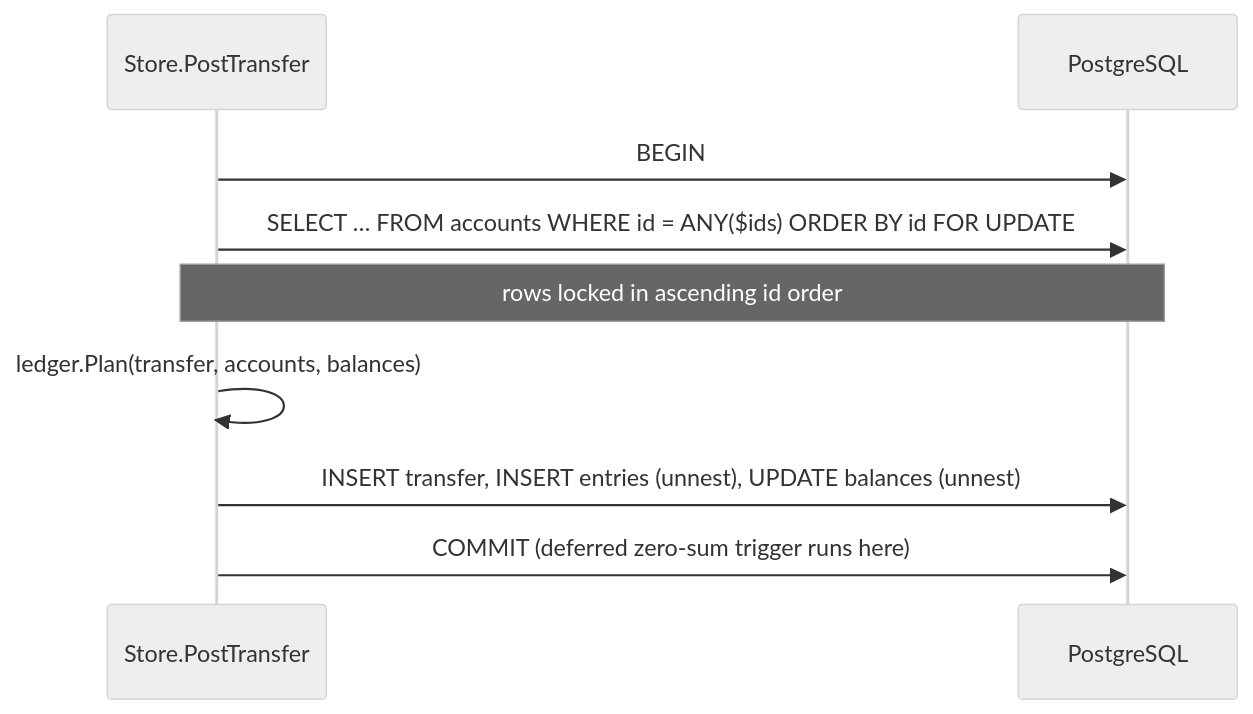
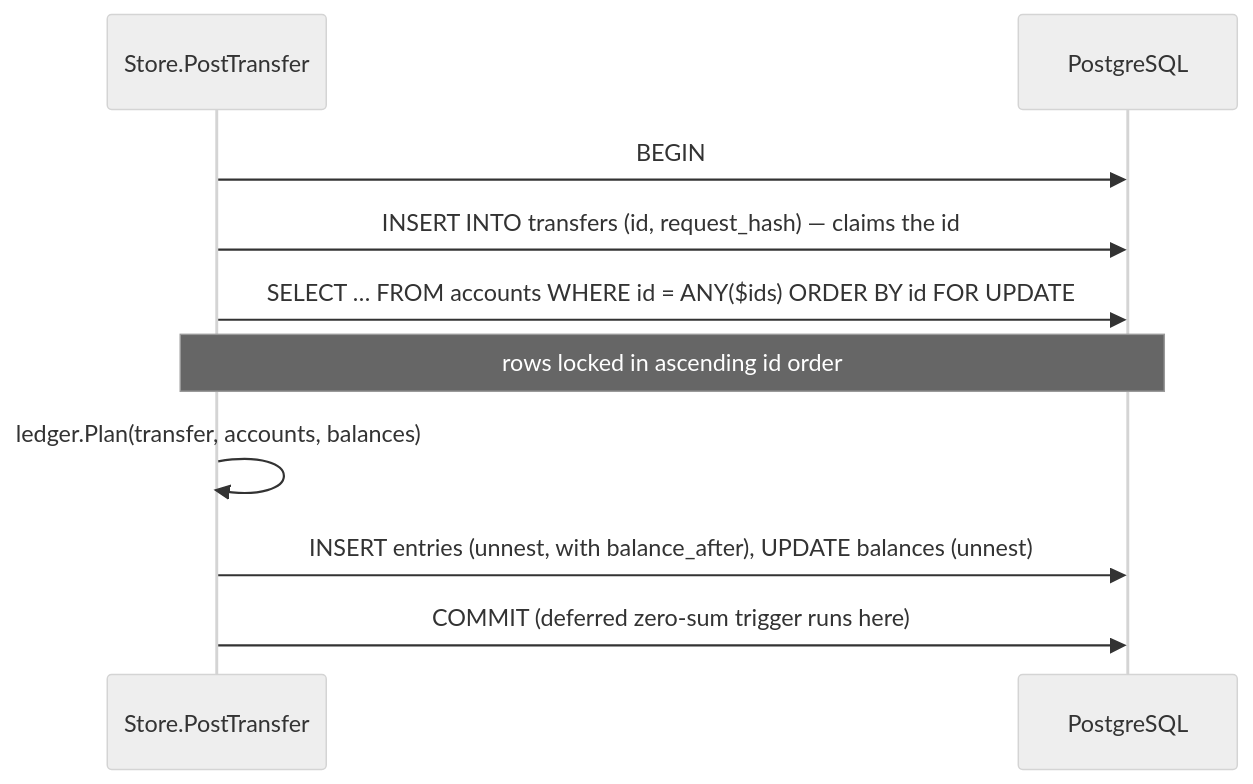
Before and after one commit to Nguyenngoctruong274/go-ledger: the second of 2 diagrams in README.md, drawn with Mermaid (neutral theme). The commit also changed other lines of this file, not shown here.

````diff
--- a/README.md
+++ b/README.md
@@ -82,11 +82,12 @@
 ```mermaid
 sequenceDiagram
     participant S as Store.PostTransfer
     participant DB as PostgreSQL
     S->>DB: BEGIN
+    S->>DB: INSERT INTO transfers (id, request_hash) — claims the id
     S->>DB: SELECT … FROM accounts WHERE id = ANY($ids) ORDER BY id FOR UPDATE
     Note over S,DB: rows locked in ascending id order
     S->>S: ledger.Plan(transfer, accounts, balances)
-    S->>DB: INSERT transfer, INSERT entries (unnest), UPDATE balances (unnest)
+    S->>DB: INSERT entries (unnest, with balance_after), UPDATE balances (unnest)
     S->>DB: COMMIT (deferred zero-sum trigger runs here)
 ```
````
